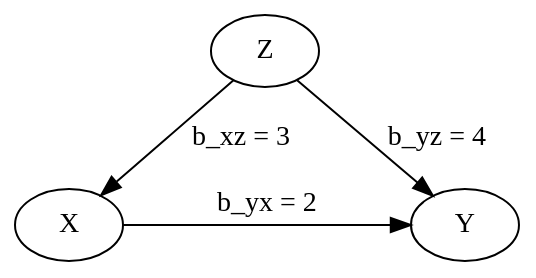
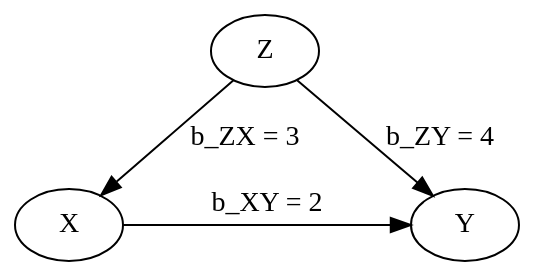
The second of 4 diagrams in reports/exploring-causality.qmd (vdeni/causal-inference_bayes-and-dags), drawn with Graphviz before and after one commit. The commit also changed other lines of this file and 1 other file, not shown here.

````diff
--- a/reports/exploring-causality.qmd
+++ b/reports/exploring-causality.qmd
@@ -125,14 +125,14 @@
 ```{dot fig_dag_effects}
 //| fig-cap: Causal effects for three variables, simple confounding scenario.
 //| label: fig-three-var-confounding-effs
 
 digraph effects_G {
     layout=dot;
     bgcolor="transparent";
     rankdir=TB;
-    X -> Y [label="b_yx = 2", minlen=4];
-    Z -> X [label="b_xz = 3"];
-    Z -> Y [label="b_yz = 4"];
+    X -> Y [label="b_XY = 2", minlen=4];
+    Z -> X [label="b_ZX = 3"];
+    Z -> Y [label="b_ZY = 4"];
     {rank="same"; X; Y;}
 }
 ```
````
